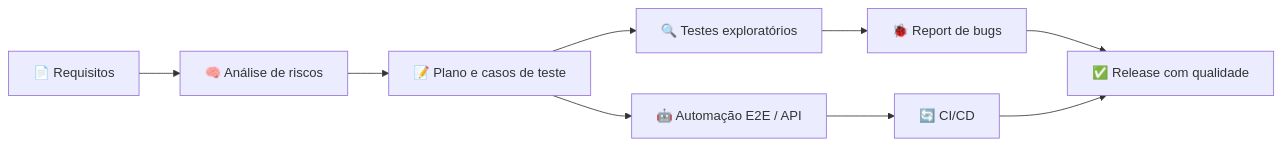
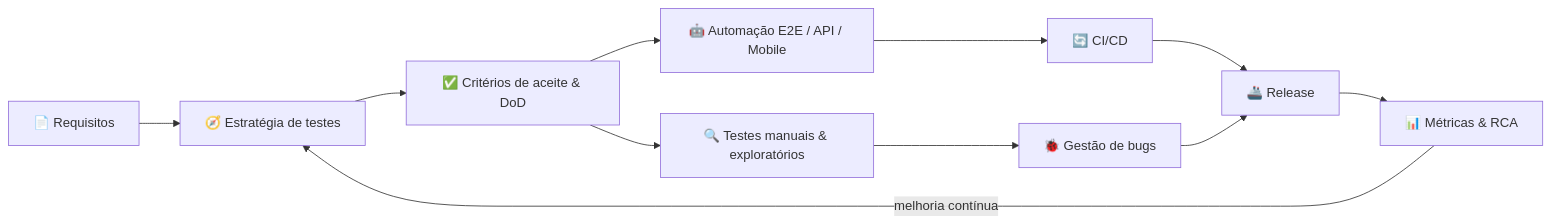
The diagram in README.md (loruhana/Loruhana), drawn with Mermaid before and after one commit. The commit also changed other lines of this file, not shown here.

First line of the commit message:
🧪 Atualiza perfil com experiência e stack reais do currículo

````diff
--- a/README.md
+++ b/README.md
@@ -82,11 +136,13 @@
 ```mermaid
 flowchart LR
-    A[📄 Requisitos] --> B[🧠 Análise de riscos]
-    B --> C[📝 Plano e casos de teste]
-    C --> D[🔍 Testes exploratórios]
-    C --> E[🤖 Automação E2E / API]
-    D --> F[🐞 Report de bugs]
-    E --> G[🔄 CI/CD]
-    F --> H[✅ Release com qualidade]
+    A[📄 Requisitos] --> B[🧭 Estratégia de testes]
+    B --> C[✅ Critérios de aceite & DoD]
+    C --> D[🔍 Testes manuais & exploratórios]
+    C --> E[🤖 Automação E2E / API / Mobile]
+    E --> F[🔄 CI/CD]
+    D --> G[🐞 Gestão de bugs]
+    F --> H[🚢 Release]
     G --> H
+    H --> I[📊 Métricas & RCA]
+    I -->|melhoria contínua| B
 ```
````
